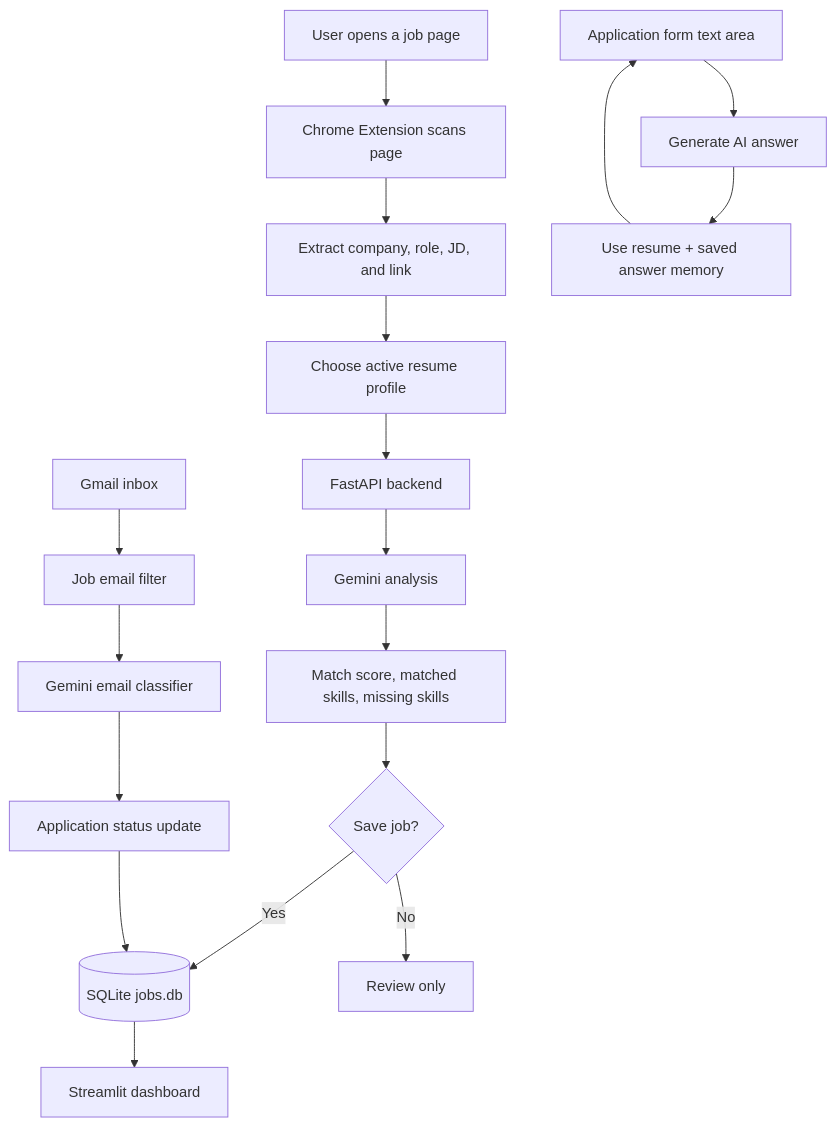
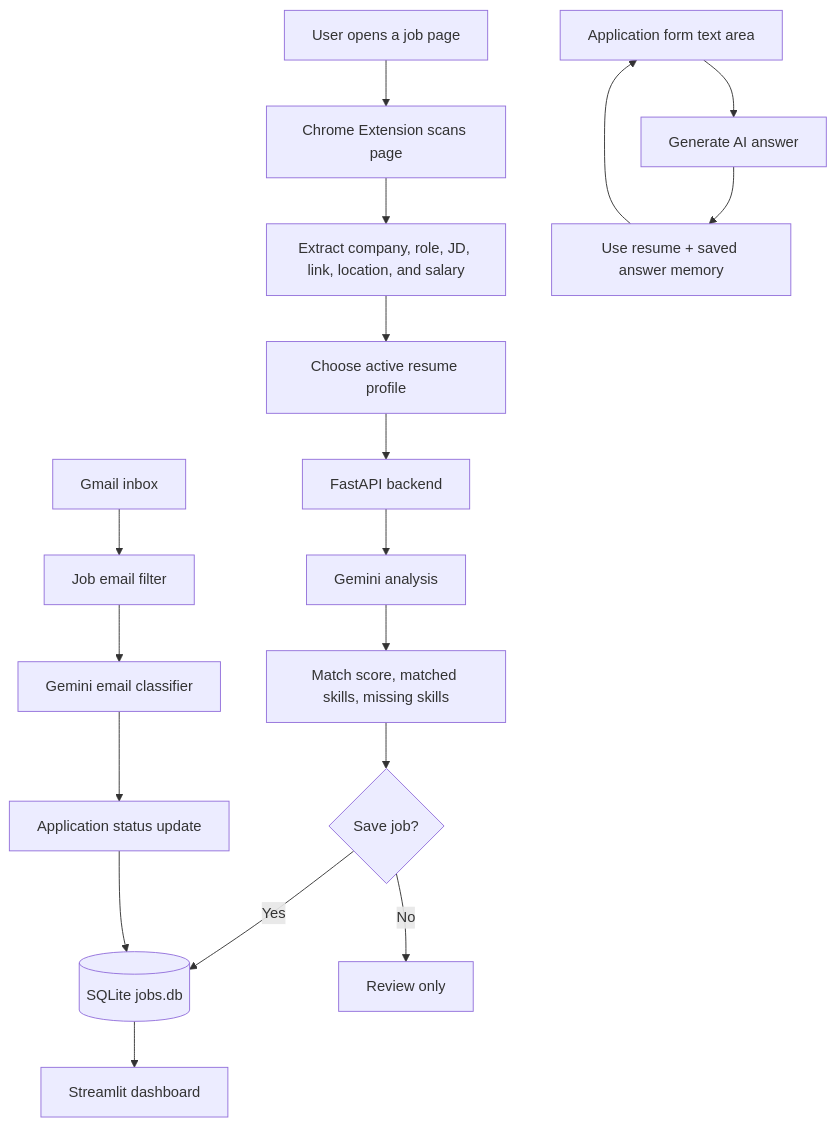
The second of 3 diagrams in README.md (AniP-C/talent-pilot), drawn with Mermaid before and after one commit. The commit also changed other lines of this file and 4 other files, not shown here.

````diff
--- a/README.md
+++ b/README.md
@@ -103,22 +103,22 @@
 ```mermaid
 flowchart TD
     U[User opens a job page] --> EXT[Chrome Extension scans page]
-    EXT --> EXTRACT[Extract company, role, JD, and link]
+    EXT --> EXTRACT[Extract company, role, JD, link, location, and salary]
     EXTRACT --> PROFILE[Choose active resume profile]
     PROFILE --> API[FastAPI backend]
     API --> GEMINI[Gemini analysis]
     GEMINI --> SCORE[Match score, matched skills, missing skills]
     SCORE --> SAVE{Save job?}
     SAVE -->|Yes| DB[(SQLite jobs.db)]
     SAVE -->|No| REVIEW[Review only]
     DB --> DASH[Streamlit dashboard]
 
     FORM[Application form text area] --> ANSWER[Generate AI answer]
     ANSWER --> MEMORY[Use resume + saved answer memory]
     MEMORY --> FORM
 
     GMAIL[Gmail inbox] --> FILTER[Job email filter]
     FILTER --> CLASSIFY[Gemini email classifier]
     CLASSIFY --> STATUS[Application status update]
     STATUS --> DB
 ```
````
